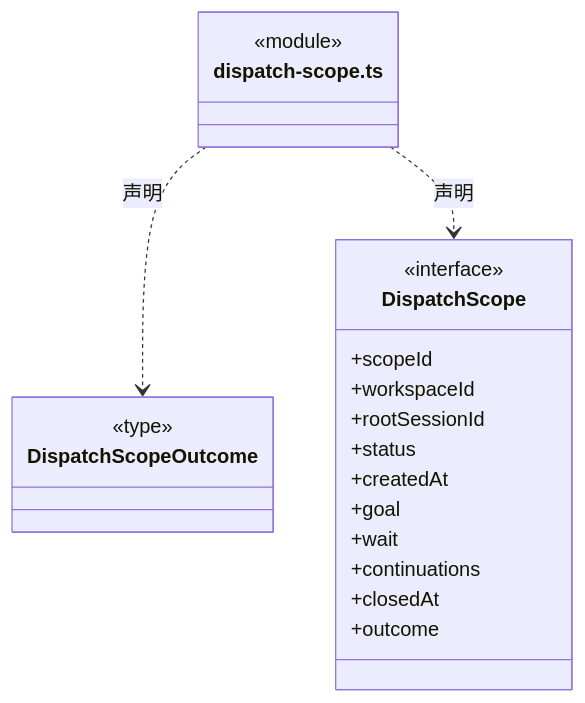
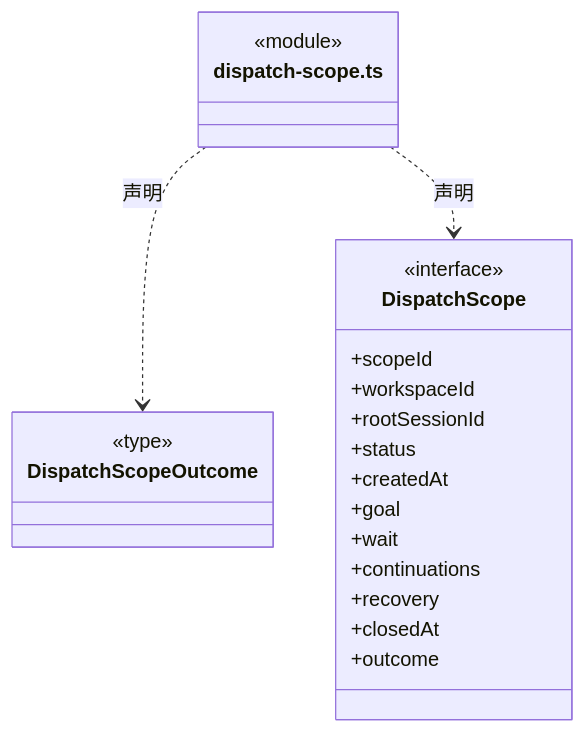
Before and after one commit to nan023062/cbim: the sixth of 50 diagrams in src/backend/core/tasks/ARCHITECTURE.md, drawn with Mermaid. The commit also changed other lines of this file and 65 other files, not shown here.

````diff
--- a/src/backend/core/tasks/ARCHITECTURE.md
+++ b/src/backend/core/tasks/ARCHITECTURE.md
@@ -153,25 +154,26 @@
 ```mermaid
 classDiagram
 class N_src_backend_core_tasks_dispatch_scope_ts["dispatch-scope.ts"] {
   <<module>>
 }
 class N_src_backend_core_tasks_dispatch_scope_ts_DispatchScopeOutcome["DispatchScopeOutcome"] {
   <<type>>
 
 }
 N_src_backend_core_tasks_dispatch_scope_ts ..> N_src_backend_core_tasks_dispatch_scope_ts_DispatchScopeOutcome : 声明
 class N_src_backend_core_tasks_dispatch_scope_ts_DispatchScope["DispatchScope"] {
   <<interface>>
   +scopeId
   +workspaceId
   +rootSessionId
   +status
   +createdAt
   +goal
   +wait
   +continuations
+  +recovery
   +closedAt
   +outcome
 }
 N_src_backend_core_tasks_dispatch_scope_ts ..> N_src_backend_core_tasks_dispatch_scope_ts_DispatchScope : 声明
 ```
````
